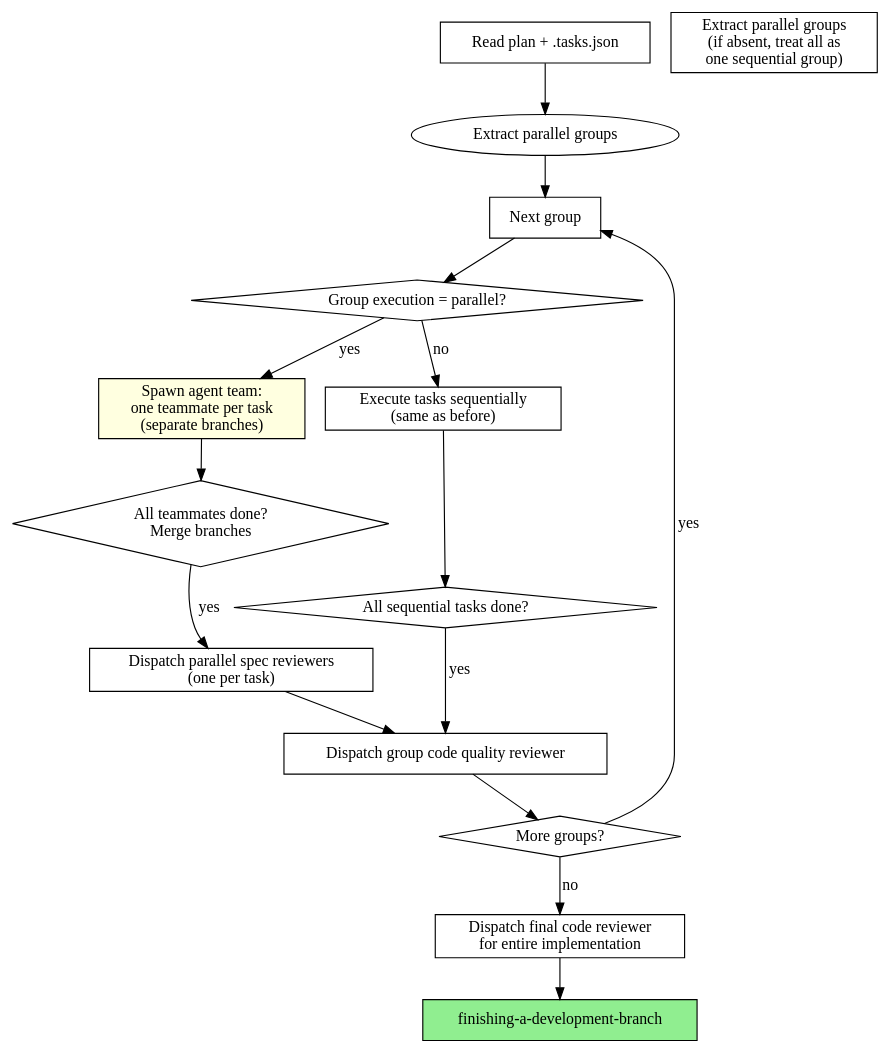
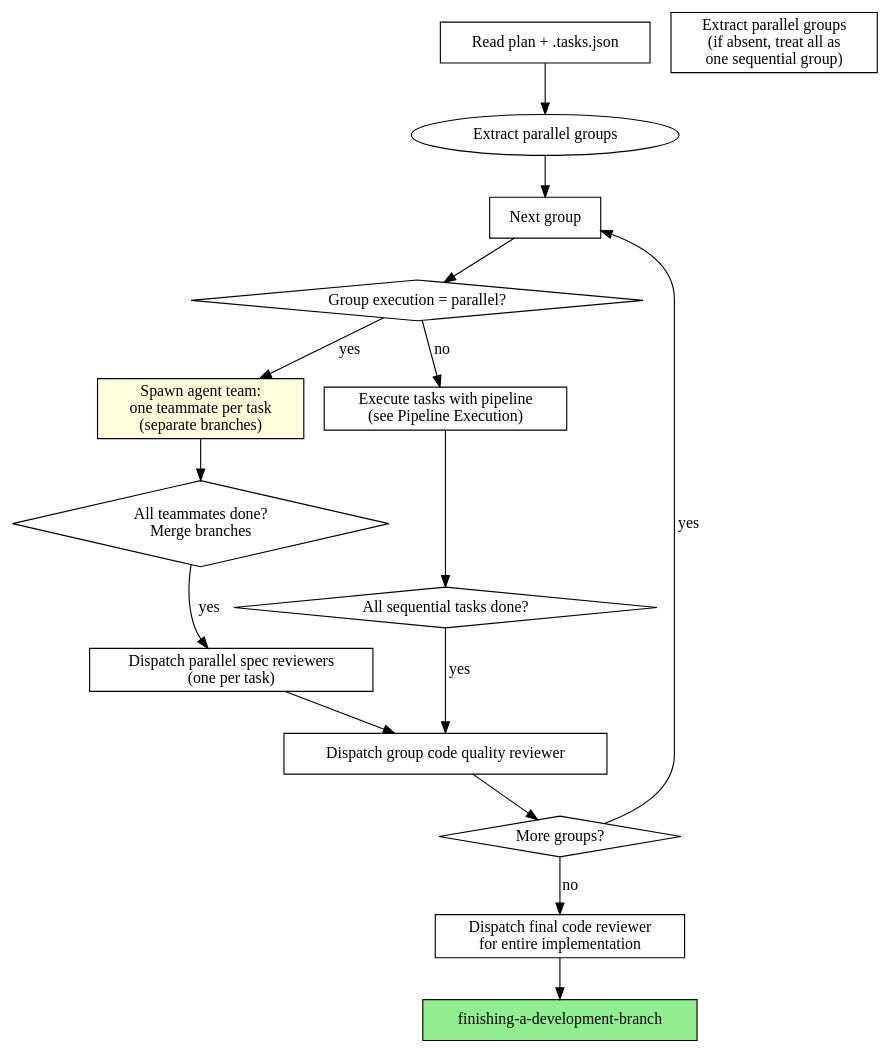
One commit to alxmyth/superpowers changed the second of 3 diagrams in skills/subagent-driven-development/SKILL.md. Above: the diagram before and after it, drawn with Graphviz. The commit also changed other lines of this file, not shown here.

Commit message:
feat(subagent-driven-dev): add pipeline execution for overlapping implementation and review

````diff
--- a/skills/subagent-driven-development/SKILL.md
+++ b/skills/subagent-driven-development/SKILL.md
@@ -44,34 +44,34 @@
 ```dot
 digraph process {
     rankdir=TB;
 
     "Read plan + .tasks.json" [shape=box];
     "Extract parallel groups\n(if absent, treat all as\none sequential group)" [shape=box];
     "Next group" [shape=box];
     "Group execution = parallel?" [shape=diamond];
     "Spawn agent team:\none teammate per task\n(separate branches)" [shape=box style=filled fillcolor=lightyellow];
-    "Execute tasks sequentially\n(same as before)" [shape=box];
+    "Execute tasks with pipeline\n(see Pipeline Execution)" [shape=box];
     "All teammates done?\nMerge branches" [shape=diamond];
     "All sequential tasks done?" [shape=diamond];
     "Dispatch parallel spec reviewers\n(one per task)" [shape=box];
     "Dispatch group code quality reviewer" [shape=box];
     "More groups?" [shape=diamond];
     "Dispatch final code reviewer\nfor entire implementation" [shape=box];
     "finishing-a-development-branch" [shape=box style=filled fillcolor=lightgreen];
 
     "Read plan + .tasks.json" -> "Extract parallel groups";
     "Extract parallel groups" -> "Next group";
     "Next group" -> "Group execution = parallel?";
     "Group execution = parallel?" -> "Spawn agent team:\none teammate per task\n(separate branches)" [label="yes"];
-    "Group execution = parallel?" -> "Execute tasks sequentially\n(same as before)" [label="no"];
+    "Group execution = parallel?" -> "Execute tasks with pipeline\n(see Pipeline Execution)" [label="no"];
     "Spawn agent team:\none teammate per task\n(separate branches)" -> "All teammates done?\nMerge branches";
     "All teammates done?\nMerge branches" -> "Dispatch parallel spec reviewers\n(one per task)" [label="yes"];
     "Dispatch parallel spec reviewers\n(one per task)" -> "Dispatch group code quality reviewer";
-    "Execute tasks sequentially\n(same as before)" -> "All sequential tasks done?";
+    "Execute tasks with pipeline\n(see Pipeline Execution)" -> "All sequential tasks done?";
     "All sequential tasks done?" -> "Dispatch group code quality reviewer" [label="yes"];
     "Dispatch group code quality reviewer" -> "More groups?";
     "More groups?" -> "Next group" [label="yes"];
     "More groups?" -> "Dispatch final code reviewer\nfor entire implementation" [label="no"];
     "Dispatch final code reviewer\nfor entire implementation" -> "finishing-a-development-branch";
 }
 ```
````
